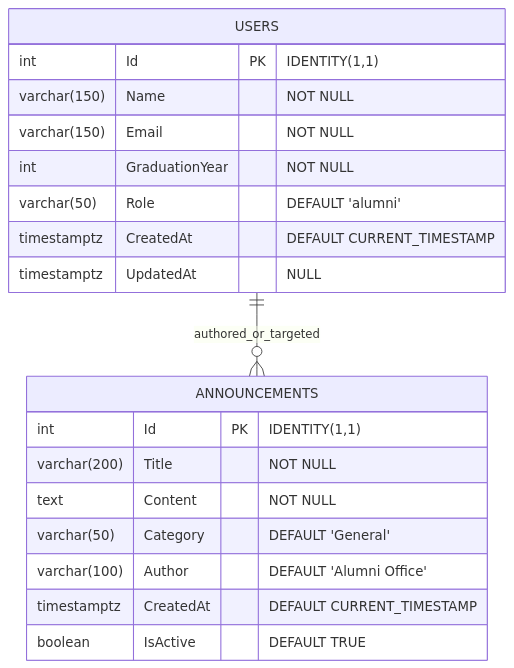
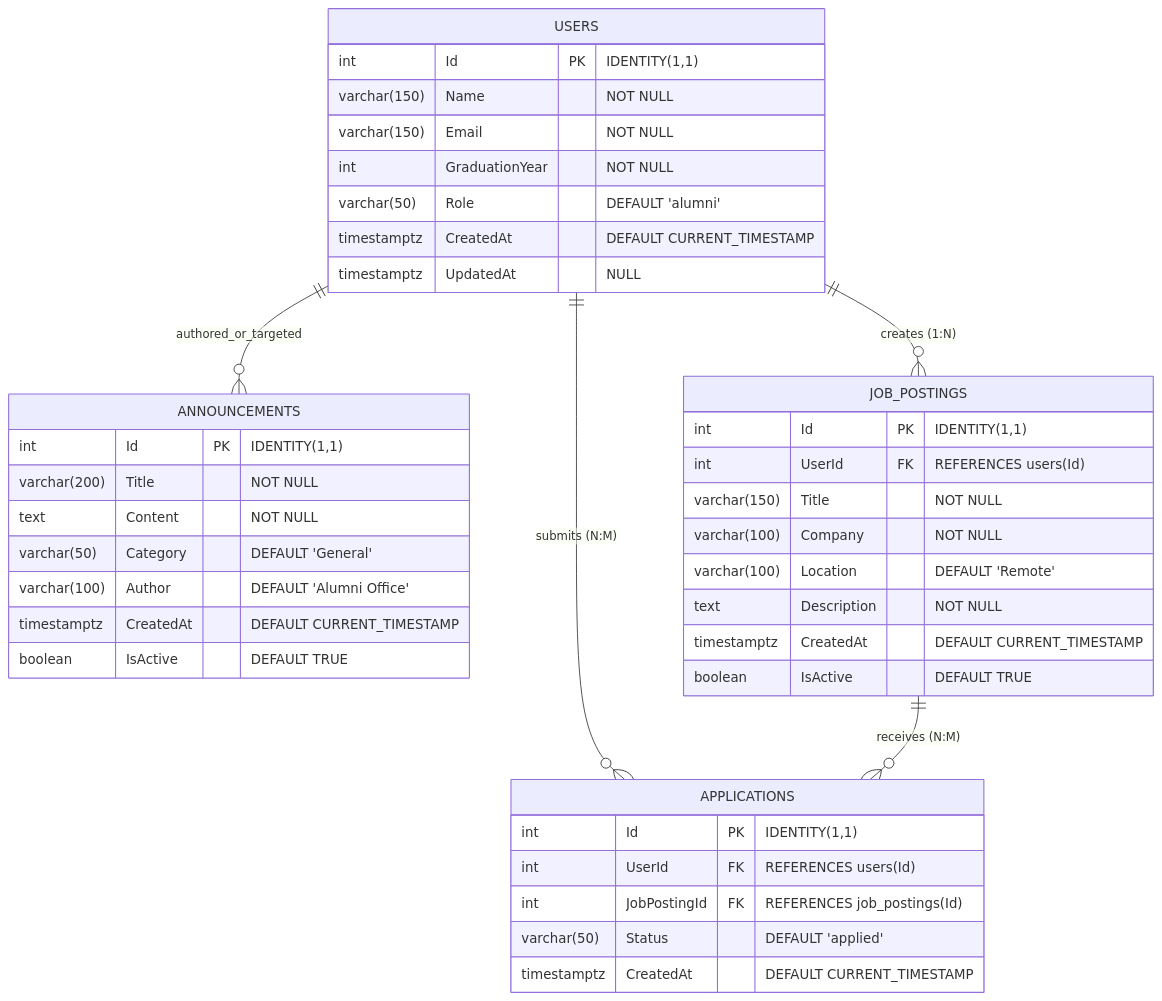
The diagram in ddd.md (NazifeTurk/alumni), drawn with Mermaid before and after one commit. The commit also changed other lines of this file and 15 other files, not shown here.

Commit message:
feat(week06): implement job postings, applications, nested routes, and include pattern

````diff
--- a/ddd.md
+++ b/ddd.md
@@ -77,24 +77,46 @@
 ```mermaid
 erDiagram
     USERS {
         int Id PK "IDENTITY(1,1)"
         varchar(150) Name "NOT NULL"
         varchar(150) Email "NOT NULL"
         int GraduationYear "NOT NULL"
         varchar(50) Role "DEFAULT 'alumni'"
         timestamptz CreatedAt "DEFAULT CURRENT_TIMESTAMP"
         timestamptz UpdatedAt "NULL"
     }
 
     ANNOUNCEMENTS {
         int Id PK "IDENTITY(1,1)"
         varchar(200) Title "NOT NULL"
         text Content "NOT NULL"
         varchar(50) Category "DEFAULT 'General'"
         varchar(100) Author "DEFAULT 'Alumni Office'"
         timestamptz CreatedAt "DEFAULT CURRENT_TIMESTAMP"
         boolean IsActive "DEFAULT TRUE"
     }
 
     USERS ||--o{ ANNOUNCEMENTS : "authored_or_targeted"
+    USERS ||--o{ JOB_POSTINGS : "creates (1:N)"
+    USERS ||--o{ APPLICATIONS : "submits (N:M)"
+    JOB_POSTINGS ||--o{ APPLICATIONS : "receives (N:M)"
+
+    JOB_POSTINGS {
+        int Id PK "IDENTITY(1,1)"
+        int UserId FK "REFERENCES users(Id)"
+        varchar(150) Title "NOT NULL"
+        varchar(100) Company "NOT NULL"
+        varchar(100) Location "DEFAULT 'Remote'"
+        text Description "NOT NULL"
+        timestamptz CreatedAt "DEFAULT CURRENT_TIMESTAMP"
+        boolean IsActive "DEFAULT TRUE"
+    }
+
+    APPLICATIONS {
+        int Id PK "IDENTITY(1,1)"
+        int UserId FK "REFERENCES users(Id)"
+        int JobPostingId FK "REFERENCES job_postings(Id)"
+        varchar(50) Status "DEFAULT 'applied'"
+        timestamptz CreatedAt "DEFAULT CURRENT_TIMESTAMP"
+    }
 ```
````
